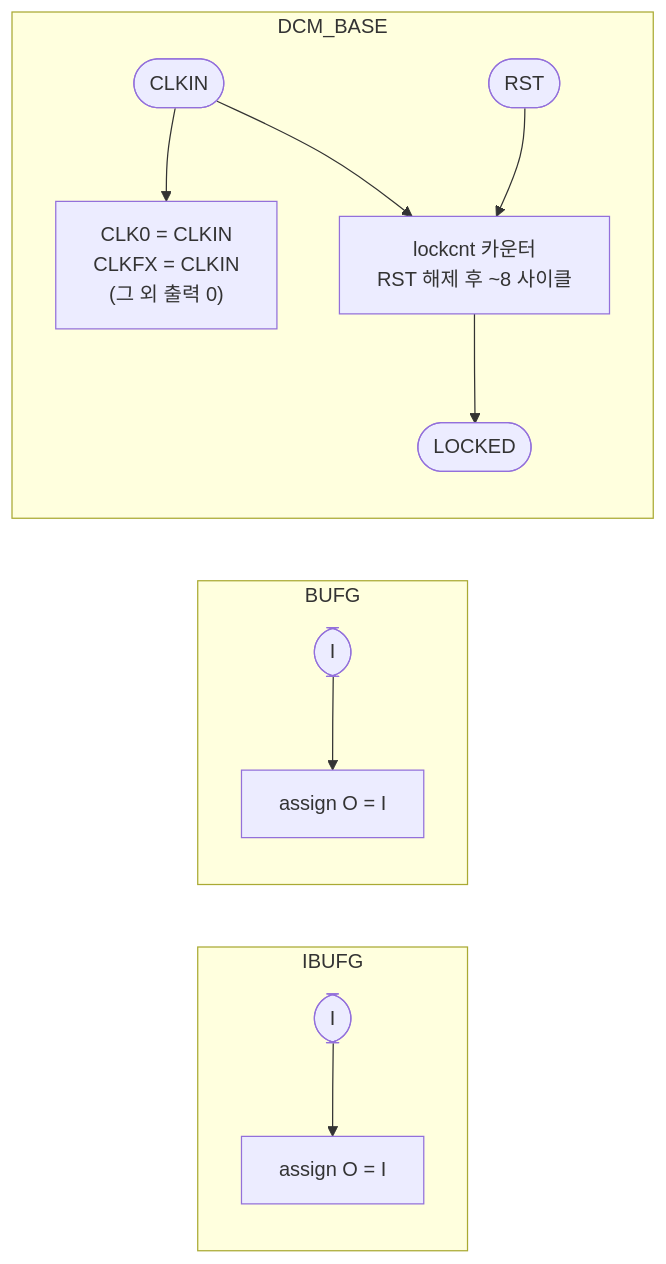
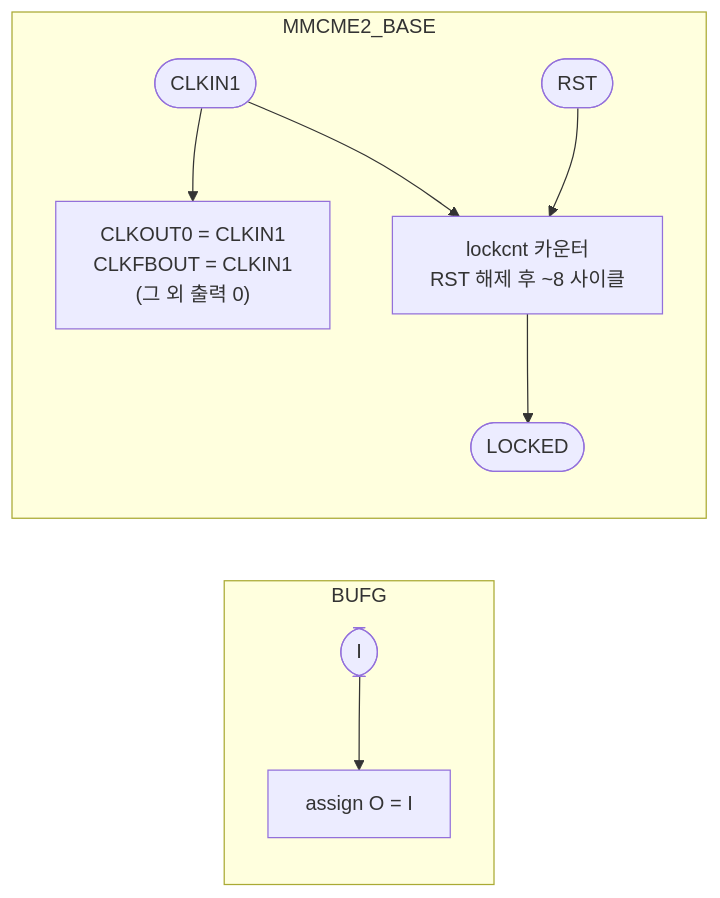
Before and after one commit to chorus96/gateGPT: the diagram in sim/xilinx_stubs.sv.kr.md, drawn with Mermaid. The commit also changed other lines of this file and 13 other files, not shown here.

````diff
--- a/sim/xilinx_stubs.sv.kr.md
+++ b/sim/xilinx_stubs.sv.kr.md
@@ -17,16 +20,13 @@
 ```mermaid
 flowchart LR
-    subgraph IBUFG
-        I1(["I"]) --> O1["assign O = I"]
-    end
     subgraph BUFG
         I2(["I"]) --> O2["assign O = I"]
     end
-    subgraph DCM_BASE
+    subgraph MMCME2_BASE
         direction TB
-        CIN(["CLKIN"]) --> PASS["CLK0 = CLKIN<br/>CLKFX = CLKIN<br/>(그 외 출력 0)"]
+        CIN(["CLKIN1"]) --> PASS["CLKOUT0 = CLKIN1<br/>CLKFBOUT = CLKIN1<br/>(그 외 출력 0)"]
         RST(["RST"]) --> LCK["lockcnt 카운터<br/>RST 해제 후 ~8 사이클"]
         CIN --> LCK
         LCK --> LOCKED(["LOCKED"])
     end
 ```
````
